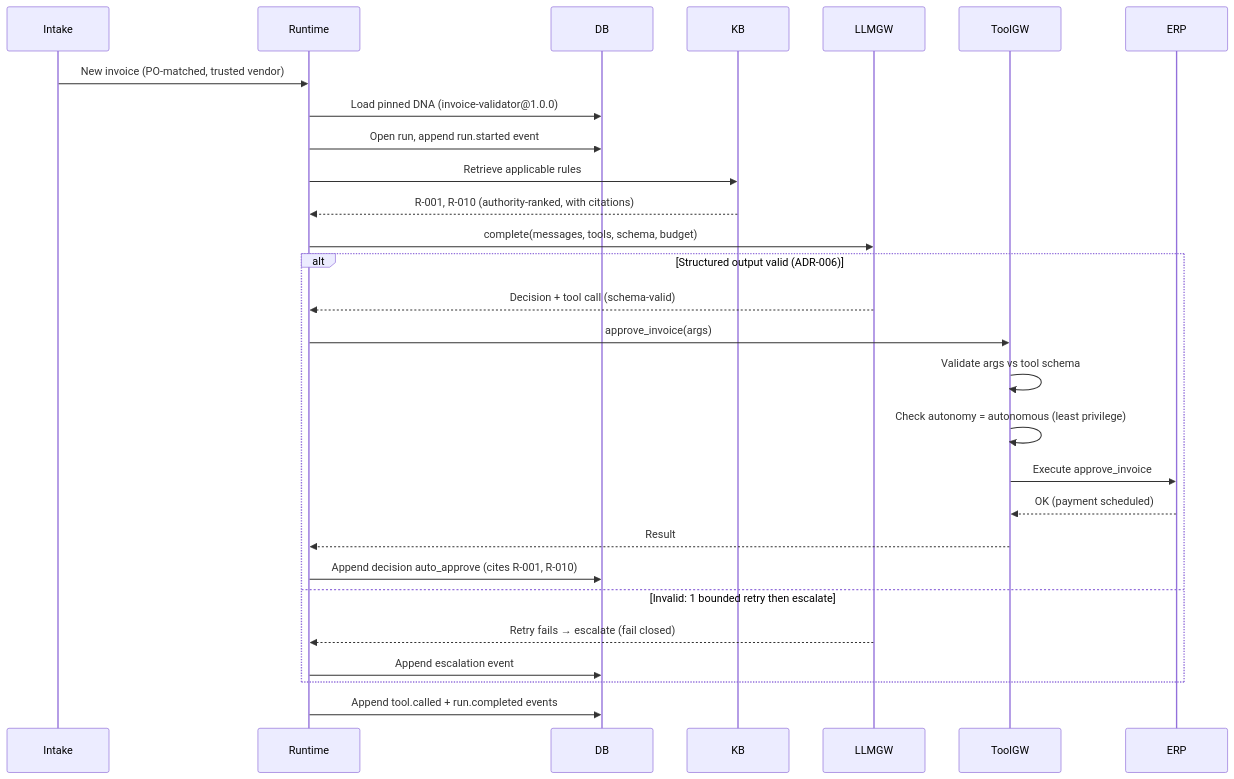
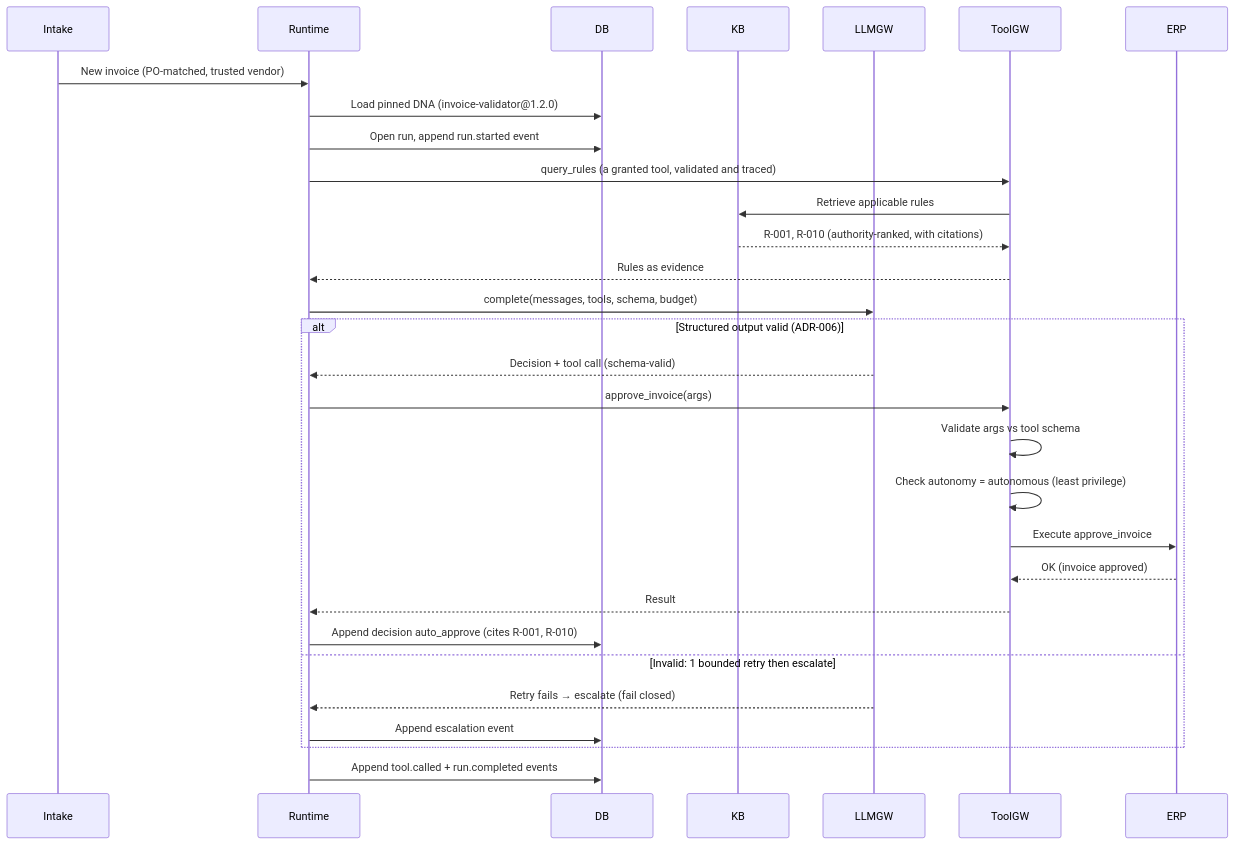
One commit to Roygrh/forge changed the diagram in docs/02-architecture/diagrams/seq-agent-run.md. Above: the diagram before and after it, drawn with Mermaid. The commit also changed other lines of this file and 17 other files, not shown here.

````diff
--- a/docs/02-architecture/diagrams/seq-agent-run.md
+++ b/docs/02-architecture/diagrams/seq-agent-run.md
@@ -9,31 +10,33 @@
 ```mermaid
 sequenceDiagram
     participant Intake
     participant Runtime
     participant DB
     participant KB
     participant LLMGW
     participant ToolGW
     participant ERP
 
     Intake->>Runtime: New invoice (PO-matched, trusted vendor)
-    Runtime->>DB: Load pinned DNA (invoice-validator@1.0.0)
+    Runtime->>DB: Load pinned DNA (invoice-validator@1.2.0)
     Runtime->>DB: Open run, append run.started event
-    Runtime->>KB: Retrieve applicable rules
-    KB-->>Runtime: R-001, R-010 (authority-ranked, with citations)
+    Runtime->>ToolGW: query_rules (a granted tool, validated and traced)
+    ToolGW->>KB: Retrieve applicable rules
+    KB-->>ToolGW: R-001, R-010 (authority-ranked, with citations)
+    ToolGW-->>Runtime: Rules as evidence
     Runtime->>LLMGW: complete(messages, tools, schema, budget)
     alt Structured output valid (ADR-006)
         LLMGW-->>Runtime: Decision + tool call (schema-valid)
         Runtime->>ToolGW: approve_invoice(args)
         ToolGW->>ToolGW: Validate args vs tool schema
         ToolGW->>ToolGW: Check autonomy = autonomous (least privilege)
         ToolGW->>ERP: Execute approve_invoice
-        ERP-->>ToolGW: OK (payment scheduled)
+        ERP-->>ToolGW: OK (invoice approved)
         ToolGW-->>Runtime: Result
         Runtime->>DB: Append decision auto_approve (cites R-001, R-010)
     else Invalid: 1 bounded retry then escalate
         LLMGW-->>Runtime: Retry fails → escalate (fail closed)
         Runtime->>DB: Append escalation event
     end
     Runtime->>DB: Append tool.called + run.completed events
 ```
````
